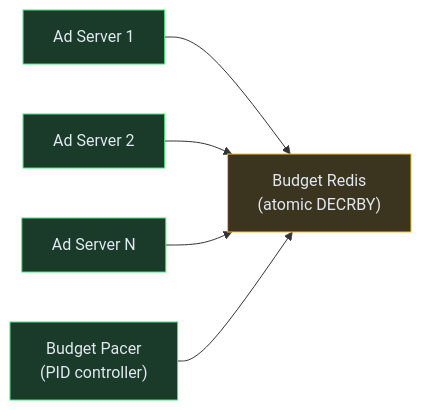
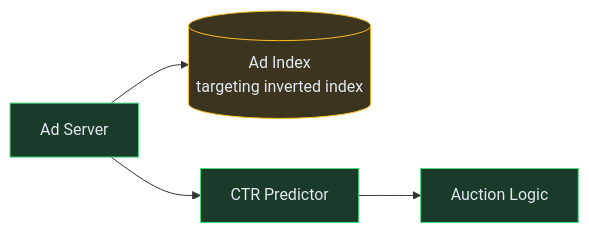
One commit to iluzn/HLD-Designs changed the third of 4 diagrams in content/hld/AdSystem.md. Above: the diagram before and after it, drawn with Mermaid. The commit also changed other lines of this file and 8 other files, not shown here.

````diff
--- a/content/hld/AdSystem.md
+++ b/content/hld/AdSystem.md
@@ -234,16 +119,14 @@
 ```mermaid
 flowchart LR
-    ADSERV1["Ad Server 1"]:::service
-    ADSERV2["Ad Server 2"]:::service
-    ADSERV3["Ad Server N"]:::service
-    REDIS["Budget Redis<br/>(atomic DECRBY)"]:::data
-    PACER["Budget Pacer<br/>(PID controller)"]:::service
+    ADSERV["Ad Server"]:::service
+    INDEX[("Ad Index<br/>targeting inverted index")]:::data
+    MODEL["CTR Predictor"]:::service
+    AUCTION["Auction Logic"]:::service
 
-    ADSERV1 --> REDIS
-    ADSERV2 --> REDIS
-    ADSERV3 --> REDIS
-    PACER --> REDIS
+    ADSERV --> INDEX
+    ADSERV --> MODEL
+    MODEL --> AUCTION
 
     classDef service fill:#1a3a2a,stroke:#4ade80,color:#e2e8f0
     classDef data fill:#3b3520,stroke:#fbbf24,color:#e2e8f0
 ```
````
